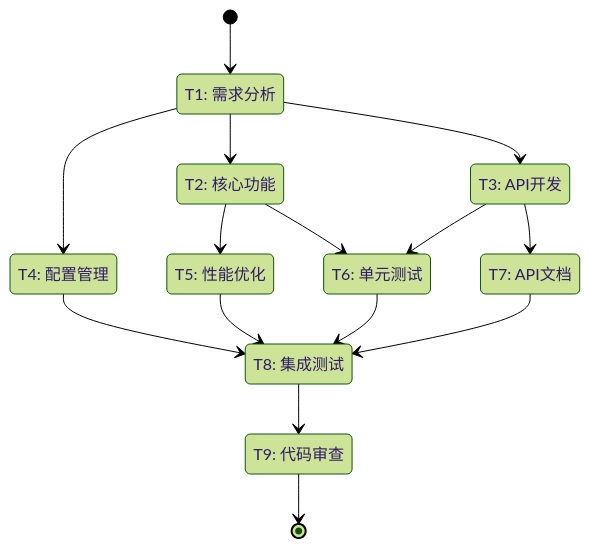
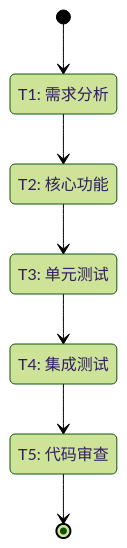
Before and after one commit to lazygophers/ccplugin: the diagram in plugins/tools/task/skills/loop/plan-confirmation-template.md, drawn with Mermaid (forest theme). The commit also changed other lines of this file and 3 other files, not shown here.

````diff
--- a/plugins/tools/task/skills/loop/plan-confirmation-template.md
+++ b/plugins/tools/task/skills/loop/plan-confirmation-template.md
@@ -5,28 +5,15 @@
 ```mermaid
 stateDiagram-v2
     [*] --> T1
-
     state "T1: 需求分析" as T1
     state "T2: 核心功能" as T2
-    state "T3: API开发" as T3
-    state "T4: 配置管理" as T4
-    state "T5: 性能优化" as T5
-    state "T6: 单元测试" as T6
-    state "T7: API文档" as T7
-    state "T8: 集成测试" as T8
-    state "T9: 代码审查" as T9
+    state "T3: 单元测试" as T3
+    state "T4: 集成测试" as T4
+    state "T5: 代码审查" as T5
 
     T1 --> T2
-    T1 --> T3
-    T1 --> T4
-    T2 --> T5
-    T2 --> T6
-    T3 --> T6
-    T3 --> T7
-    T4 --> T8
-    T5 --> T8
-    T6 --> T8
-    T7 --> T8
-    T8 --> T9
-    T9 --> [*]
+    T2 --> T3
+    T3 --> T4
+    T4 --> T5
+    T5 --> [*]
 ```
````
